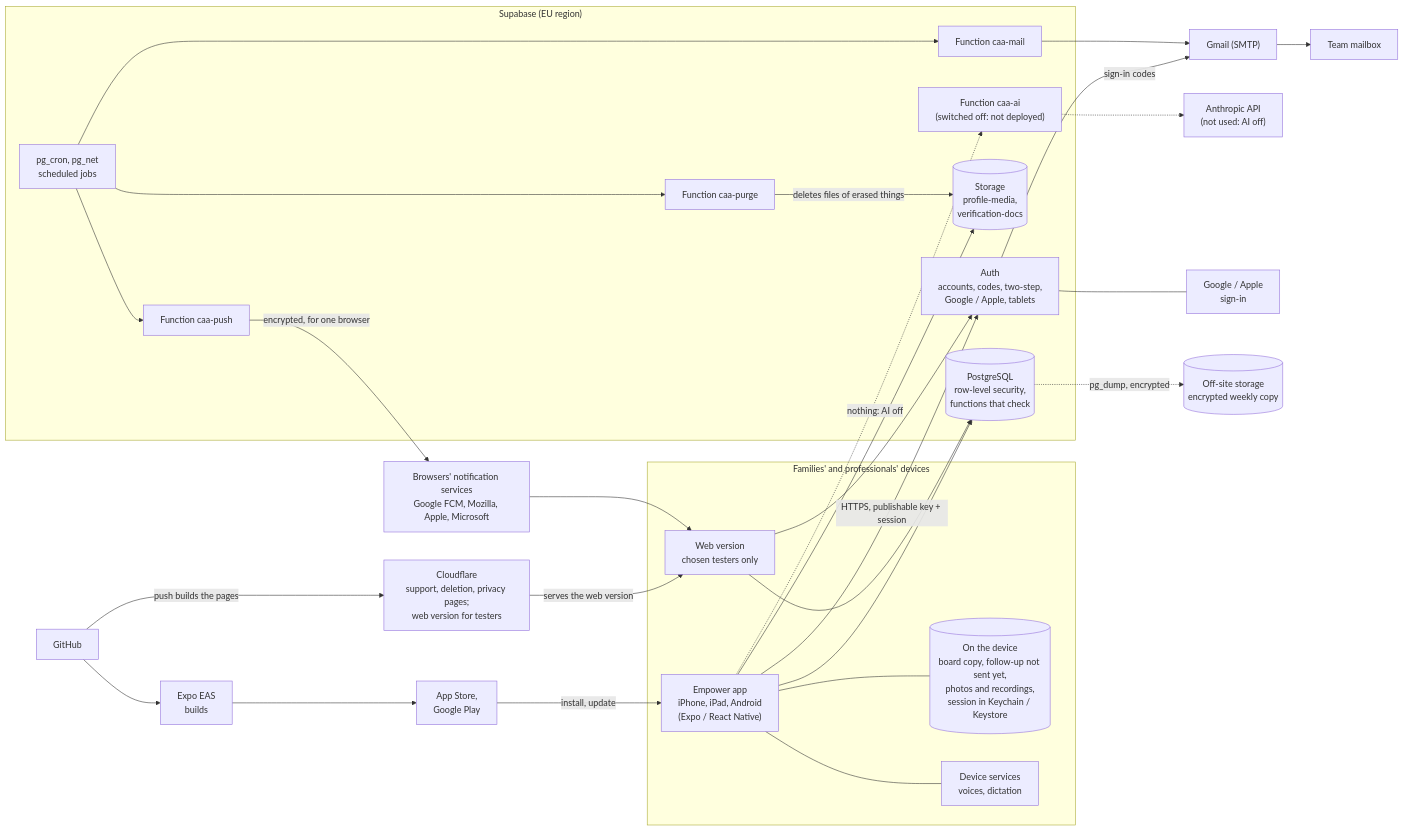
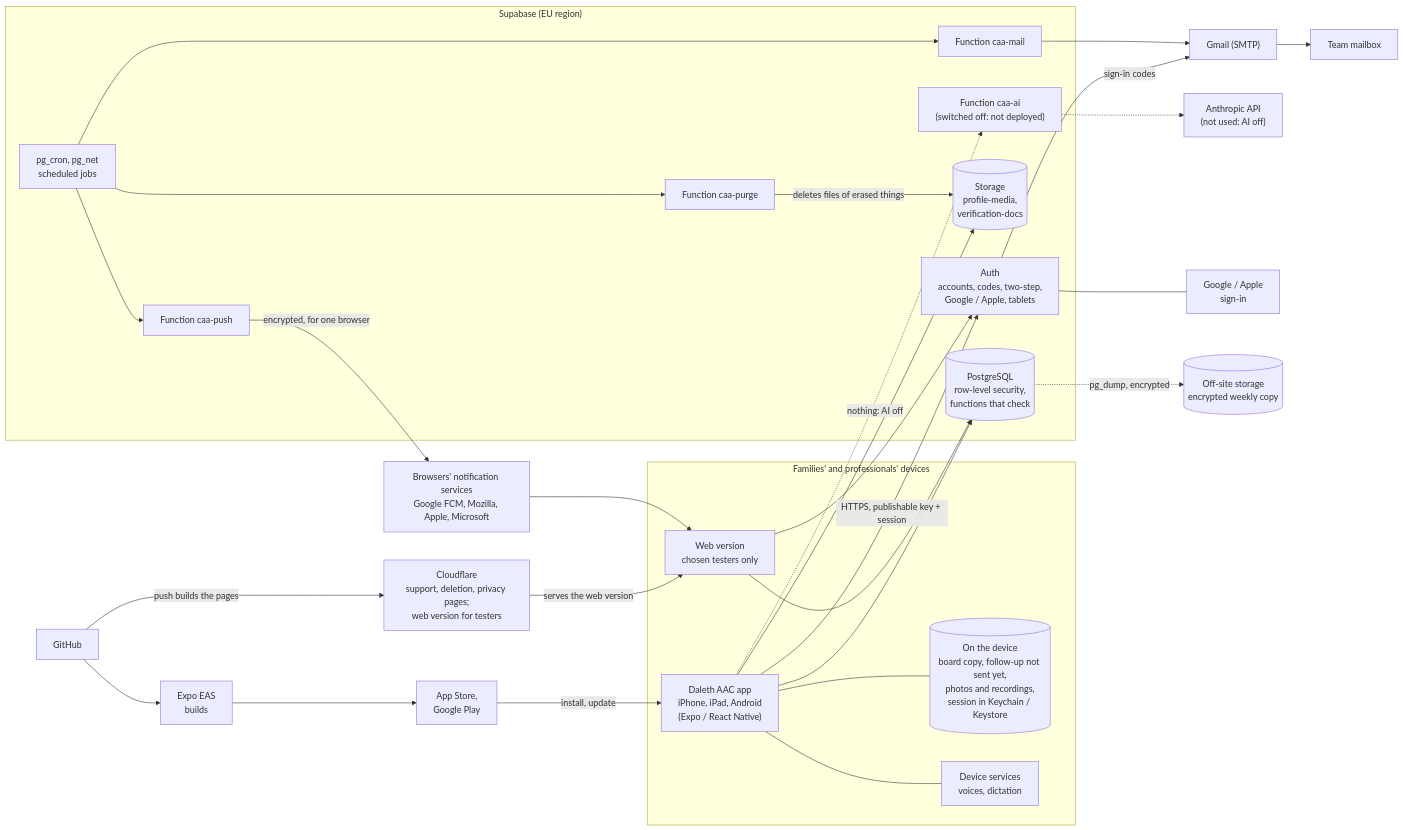
The diagram in docs/ARCHITECTURE.md (charbels07/APP), drawn with Mermaid before and after one commit. The commit also changed other lines of this file and 52 other files, not shown here.

First line of the commit message:
Rename to Daleth AAC (company DALETH), support e-mail daleth.contact@gmail.com

````diff
--- a/docs/ARCHITECTURE.md
+++ b/docs/ARCHITECTURE.md
@@ -9,57 +9,57 @@
 ```mermaid
 flowchart LR
   subgraph Devices["Families' and professionals' devices"]
-    App["Empower app<br/>iPhone, iPad, Android<br/>(Expo / React Native)"]
+    App["Daleth AAC app<br/>iPhone, iPad, Android<br/>(Expo / React Native)"]
     Web["Web version<br/>chosen testers only"]
     Local[("On the device<br/>board copy, follow-up not sent yet,<br/>photos and recordings,<br/>session in Keychain / Keystore")]
     OS["Device services<br/>voices, dictation"]
     App --- Local
     App --- OS
   end
 
   subgraph Supabase["Supabase (EU region)"]
     Auth["Auth<br/>accounts, codes, two-step,<br/>Google / Apple, tablets"]
     DB[("PostgreSQL<br/>row-level security,<br/>functions that check")]
     Files[("Storage<br/>profile-media,<br/>verification-docs")]
     AI["Function caa-ai<br/>(switched off: not deployed)"]
     Mail["Function caa-mail"]
     Purge["Function caa-purge"]
     Push["Function caa-push"]
     Jobs["pg_cron, pg_net<br/>scheduled jobs"]
   end
 
   Gmail["Gmail (SMTP)"]
   Team["Team mailbox"]
   Anthropic["Anthropic API<br/>(not used: AI off)"]
   CF["Cloudflare<br/>support, deletion, privacy pages;<br/>web version for testers"]
   PushSvc["Browsers' notification services<br/>Google FCM, Mozilla, Apple, Microsoft"]
   Stores["App Store,<br/>Google Play"]
   Google["Google / Apple<br/>sign-in"]
   GitHub["GitHub"]
   EAS["Expo EAS<br/>builds"]
   Offsite[("Off-site storage<br/>encrypted weekly copy")]
 
   App -- "HTTPS, publishable key + session" --> Auth
   App --> DB
   App --> Files
   Web --> Auth
   Web --> DB
   CF -- "serves the web version" --> Web
   App -. "nothing: AI off" .-> AI
   AI -.-> Anthropic
   Auth -- "sign-in codes" --> Gmail
   Jobs --> Mail
   Jobs --> Purge
   Jobs --> Push
   Mail --> Gmail
   Purge -- "deletes files of erased things" --> Files
   Push -- "encrypted, for one browser" --> PushSvc
   PushSvc --> Web
   Gmail --> Team
   Auth --- Google
   GitHub -- "push builds the pages" --> CF
   GitHub --> EAS
   EAS --> Stores
   Stores -- "install, update" --> App
   DB -. "pg_dump, encrypted" .-> Offsite
 ```
````
